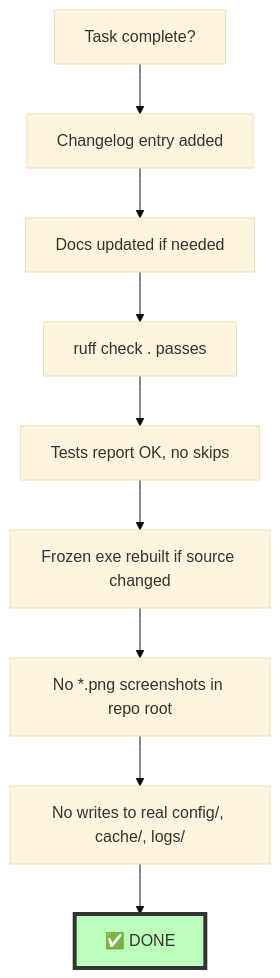
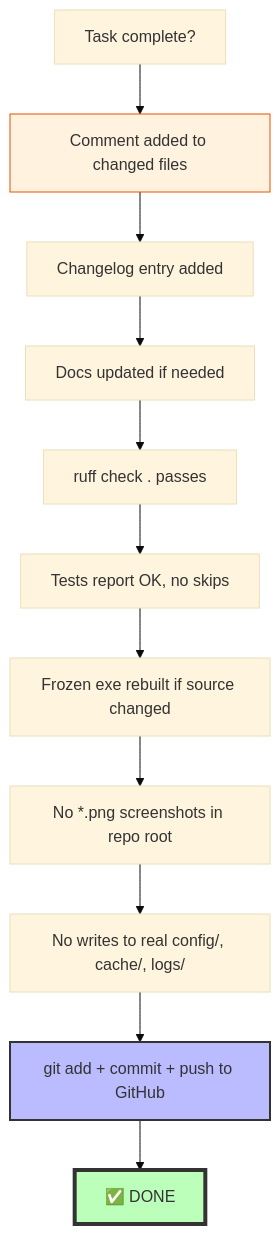
One commit to smd3235/steam-game-organizer changed diagram 16 of 16 in AGENTS.md. Above: the diagram before and after it, drawn with Mermaid (base theme). The commit also changed other lines of this file and 4 other files, not shown here.

Commit message:
docs: finalize all markdown overhaul with Mermaid diagrams, code links, change-comment rule, remove friend/piracy references

````diff
--- a/AGENTS.md
+++ b/AGENTS.md
@@ -549,13 +557,17 @@
 ```mermaid
 flowchart TD
-    A[Task complete?] --> B[Changelog entry added]
-    B --> C[Docs updated if needed]
-    C --> D[ruff check . passes]
-    D --> E[Tests report OK, no skips]
-    E --> F[Frozen exe rebuilt if source changed]
-    F --> G[No *.png screenshots in repo root]
-    G --> H[No writes to real config/, cache/, logs/]
-    H --> I[✅ DONE]
+    A[Task complete?] --> B[Comment added to changed files]
+    B --> C[Changelog entry added]
+    C --> D[Docs updated if needed]
+    D --> E[ruff check . passes]
+    E --> F[Tests report OK, no skips]
+    F --> G[Frozen exe rebuilt if source changed]
+    G --> H[No *.png screenshots in repo root]
+    H --> I[No writes to real config/, cache/, logs/]
+    I --> J[git add + commit + push to GitHub]
+    J --> K[✅ DONE]
     
-    style I fill:#bfb,stroke:#333,stroke-width:4px
+    style B fill:#fff3e0,stroke:#e65100
+    style J fill:#bbf,stroke:#333,stroke-width:2px
+    style K fill:#bfb,stroke:#333,stroke-width:4px
 ```
````
